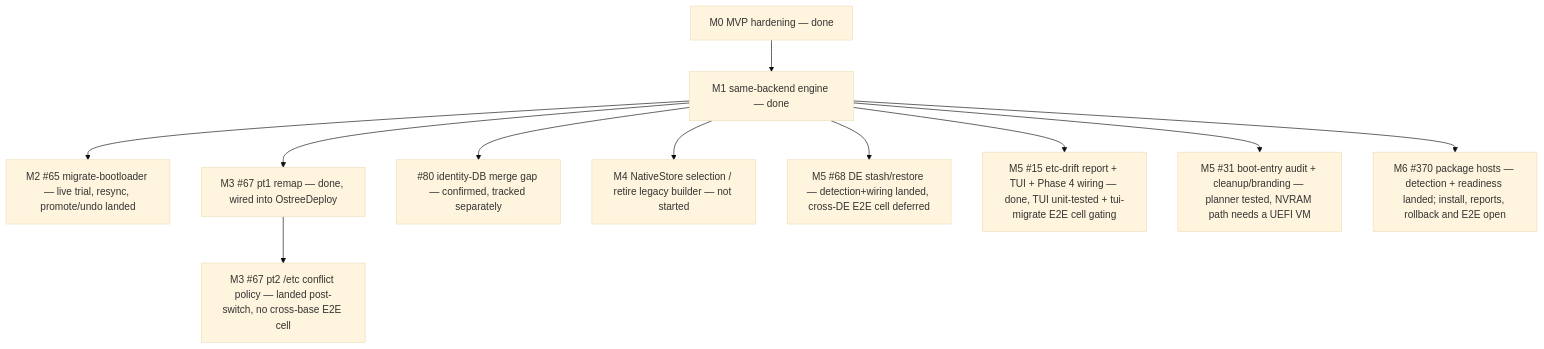
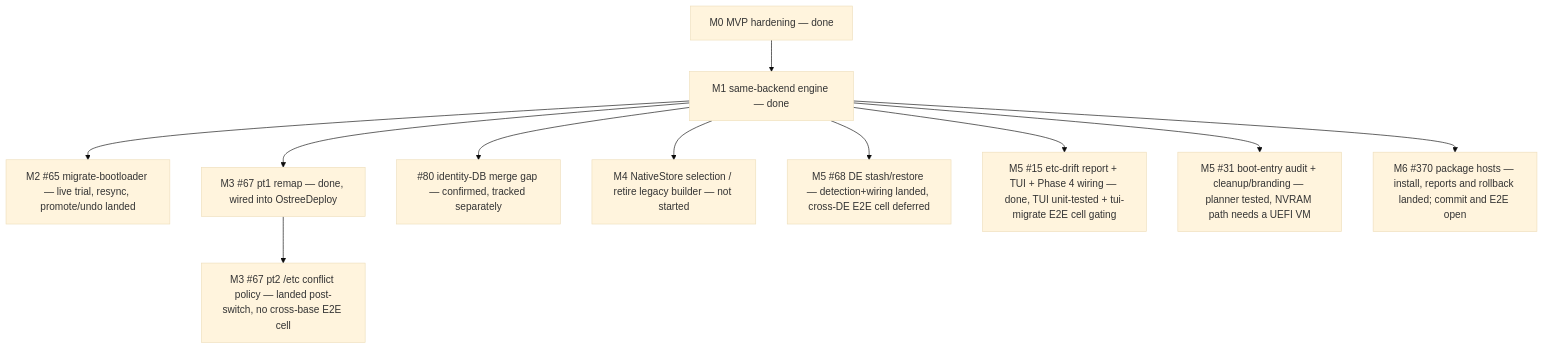
One commit to tuna-os/bootc-migrate changed the diagram in ROADMAP.md. Above: the diagram before and after it, drawn with Mermaid (base theme). The commit also changed other lines of this file and 5 other files, not shown here.

First line of the commit message:
docs: refresh package-host README, support matrix, ROADMAP and TUI text (#381)

````diff
--- a/ROADMAP.md
+++ b/ROADMAP.md
@@ -417,13 +416,13 @@
 ```mermaid
 graph TD
   M0["M0 MVP hardening — done"] --> M1["M1 same-backend engine — done"]
   M1 --> M2["M2 #65 migrate-bootloader — live trial, resync, promote/undo landed"]
   M1 --> M3P1["M3 #67 pt1 remap — done, wired into OstreeDeploy"]
   M3P1 --> M3P2["M3 #67 pt2 /etc conflict policy — landed post-switch, no cross-base E2E cell"]
   M1 --> GAP80["#80 identity-DB merge gap — confirmed, tracked separately"]
   M1 --> M4["M4 NativeStore selection / retire legacy builder — not started"]
   M1 --> M5A["M5 #68 DE stash/restore — detection+wiring landed, cross-DE E2E cell deferred"]
   M1 --> M5B["M5 #15 etc-drift report + TUI + Phase 4 wiring — done, TUI unit-tested + tui-migrate E2E cell gating"]
   M1 --> M5C["M5 #31 boot-entry audit + cleanup/branding — planner tested, NVRAM path needs a UEFI VM"]
-  M1 --> M6["M6 #370 package hosts — detection + readiness landed; install, reports, rollback and E2E open"]
+  M1 --> M6["M6 #370 package hosts — install, reports and rollback landed; commit and E2E open"]
 ```
````
